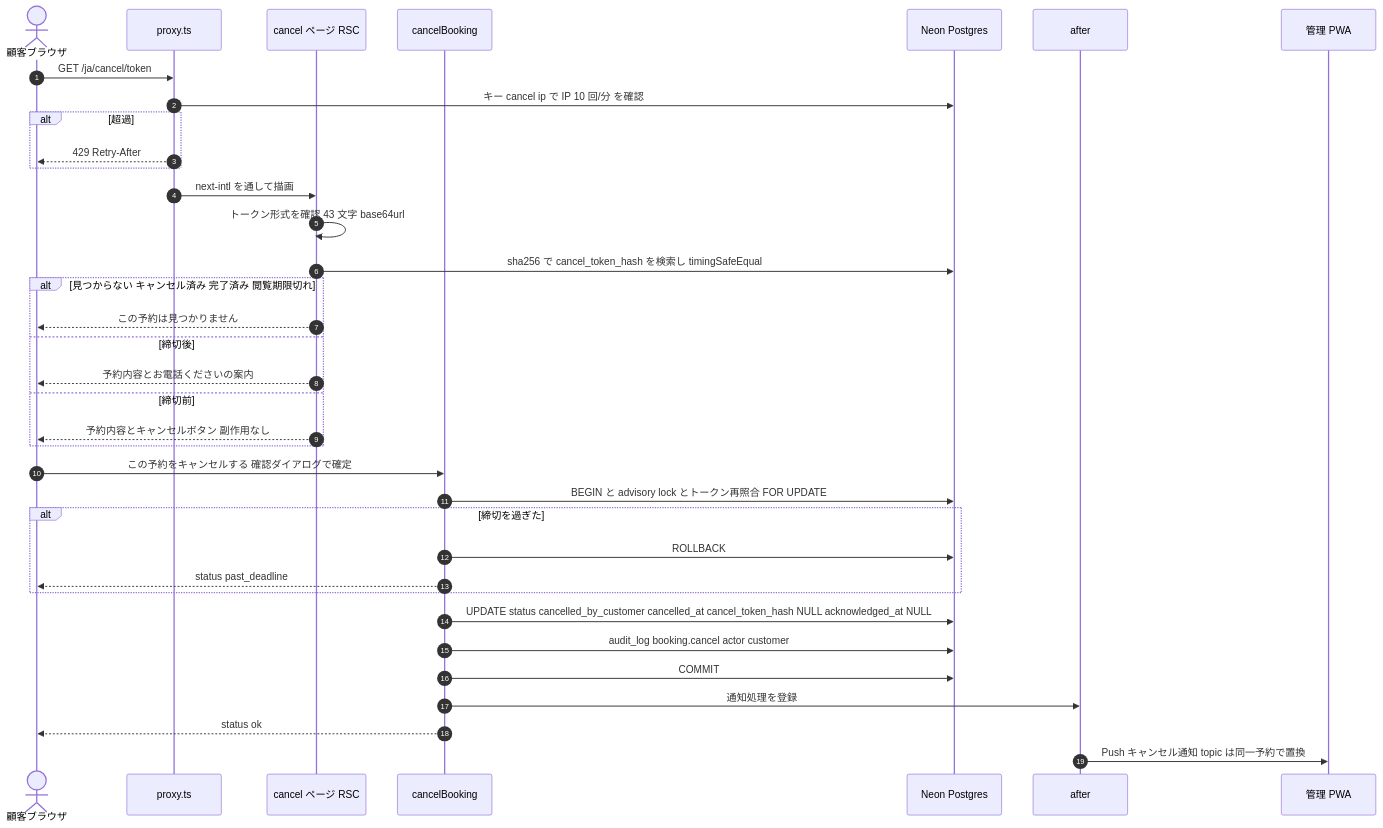
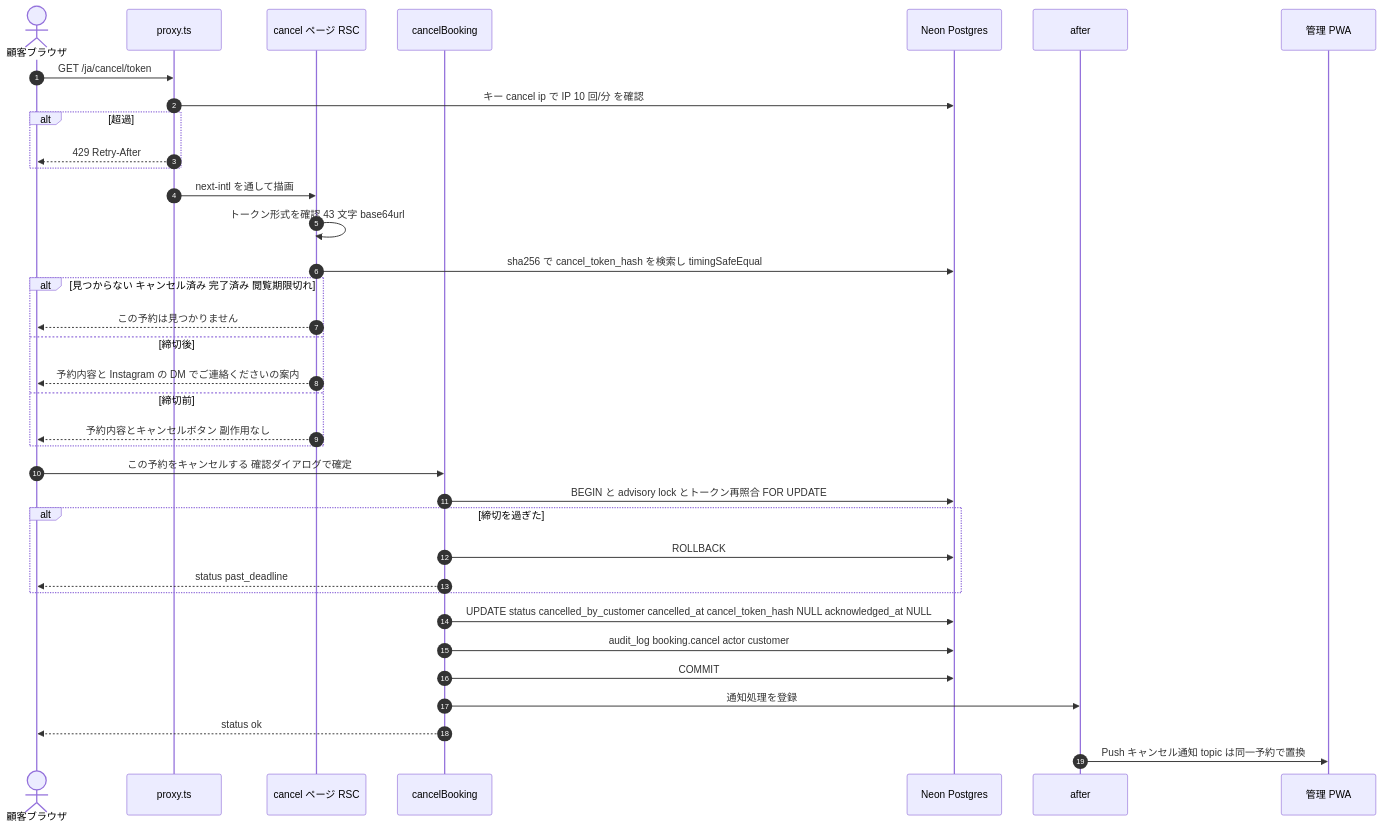
The third of 6 diagrams in docs/03_design/05_state_and_flows.md (kaz-ma/barber-booking), drawn with Mermaid before and after one commit. The commit also changed other lines of this file and 13 other files, not shown here.

````diff
--- a/docs/03_design/05_state_and_flows.md
+++ b/docs/03_design/05_state_and_flows.md
@@ -139,38 +139,38 @@
 ```mermaid
 sequenceDiagram
   autonumber
   actor U as 顧客ブラウザ
   participant PX as proxy.ts
   participant PG as cancel ページ RSC
   participant SA as cancelBooking
   participant DB as Neon Postgres
   participant AF as after
   participant A as 管理 PWA
   U->>PX: GET /ja/cancel/token
   PX->>DB: キー cancel ip で IP 10 回/分 を確認
   alt 超過
     PX-->>U: 429 Retry-After
   end
   PX->>PG: next-intl を通して描画
   PG->>PG: トークン形式を確認 43 文字 base64url
   PG->>DB: sha256 で cancel_token_hash を検索し timingSafeEqual
   alt 見つからない キャンセル済み 完了済み 閲覧期限切れ
     PG-->>U: この予約は見つかりません
   else 締切後
-    PG-->>U: 予約内容とお電話くださいの案内
+    PG-->>U: 予約内容と Instagram の DM でご連絡くださいの案内
   else 締切前
     PG-->>U: 予約内容とキャンセルボタン 副作用なし
   end
   U->>SA: この予約をキャンセルする 確認ダイアログで確定
   SA->>DB: BEGIN と advisory lock とトークン再照合 FOR UPDATE
   alt 締切を過ぎた
     SA->>DB: ROLLBACK
     SA-->>U: status past_deadline
   end
   SA->>DB: UPDATE status cancelled_by_customer cancelled_at cancel_token_hash NULL acknowledged_at NULL
   SA->>DB: audit_log booking.cancel actor customer
   SA->>DB: COMMIT
   SA->>AF: 通知処理を登録
   SA-->>U: status ok
   AF->>A: Push キャンセル通知 topic は同一予約で置換
 ```
````
